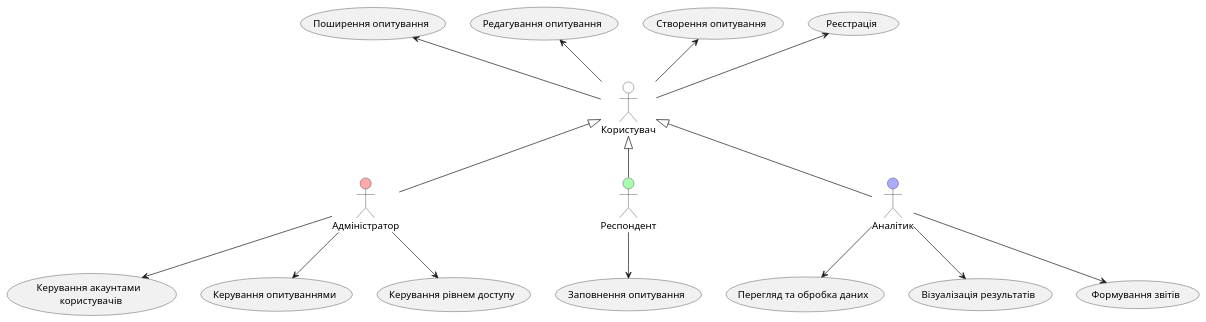
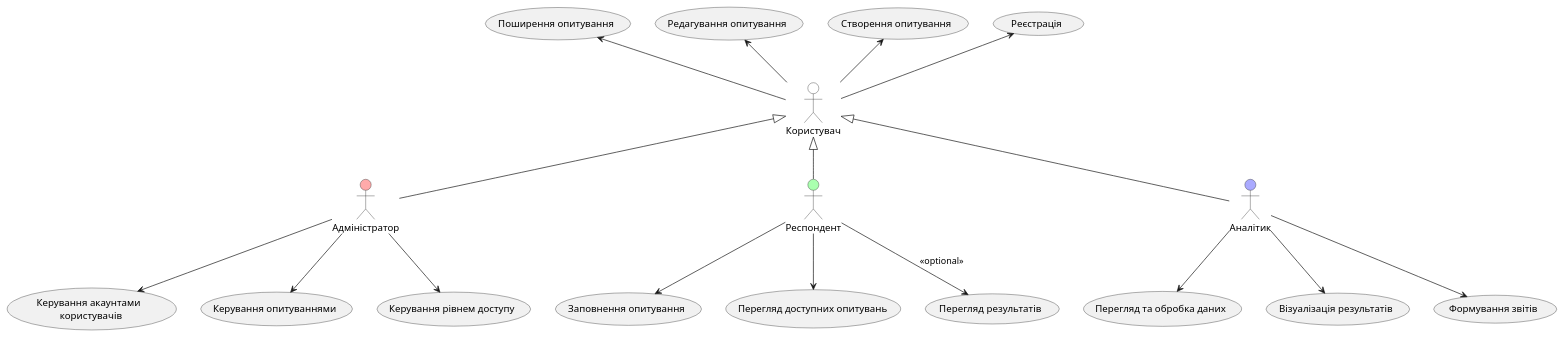
The first of 11 diagrams in docs/use cases/README.md (elidorbeth/edu_db_labs), drawn with PlantUML before and after one commit. The commit also changed other lines of this file, not shown here.

```diff
--- a/docs/use cases/README.md
+++ b/docs/use cases/README.md
@@ -12,42 +2,47 @@
 @startuml
 
 actor Користувач as User #ffffff
 actor Адміністратор as Admin #ffaaaa
 actor Респондент as Respondent #aaffaf
 actor Аналітик as Analyst #aaaaff
 
 usecase "Реєстрація" as Reg
 usecase "Створення опитування" as Create
 usecase "Редагування опитування" as Edit
 usecase "Поширення опитування" as Share
 
 usecase "Керування акаунтами \n користувачів" as UserManagement
 usecase "Керування опитуваннями" as FormManagement
 usecase "Керування рівнем доступу" as Access
 
-usecase "Заповнення опитування" as Write
+usecase "Заповнення опитування" as FillSurvey
+usecase "Перегляд доступних опитувань" as ViewSurveys
+usecase "Перегляд результатів" as ViewResults
+
 
 usecase "Перегляд та обробка даних" as Analysis
 usecase "Візуалізація результатів" as View
 usecase "Формування звітів" as Reports
 
 Admin -up-|> User
 Respondent -up-|> User
 Analyst -up-|> User
 
 User -up-> Reg
 User -up-> Create
 User -up-> Edit
 User -up-> Share
 
 Admin -down-> UserManagement
 Admin -down-> FormManagement
 Admin -down-> Access
 
-Respondent -down-> Write
+Respondent -down-> ViewSurveys
+Respondent -down-> FillSurvey
+Respondent -down-> ViewResults : <<optional>>
 
 Analyst -down-> Analysis
 Analyst -down-> View
 Analyst -down-> Reports
 
 @enduml
```
